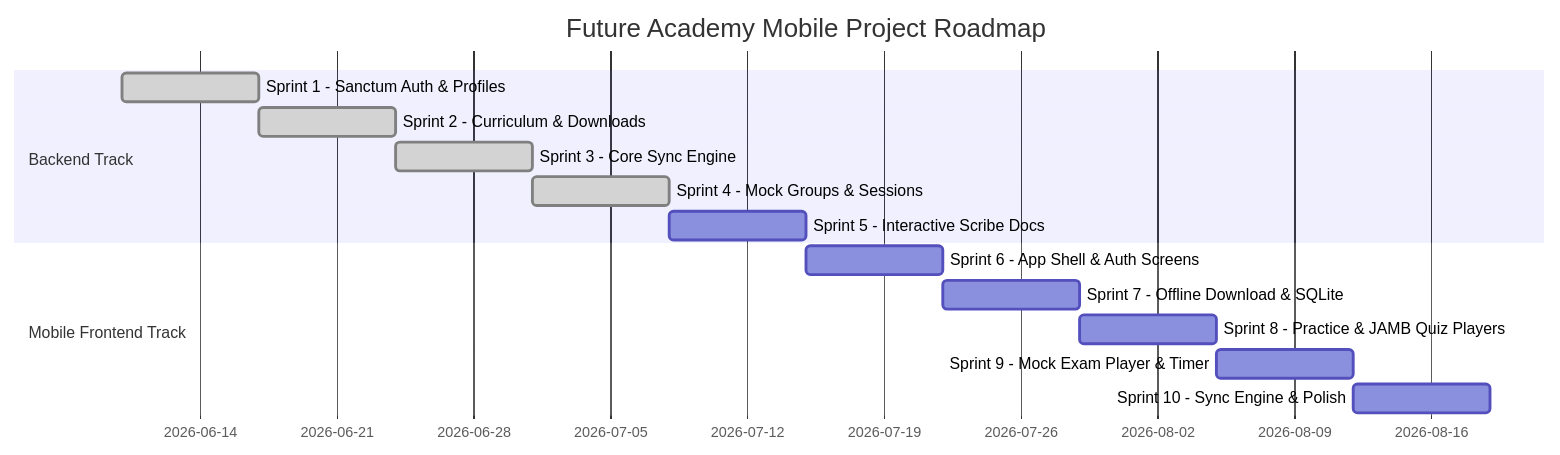
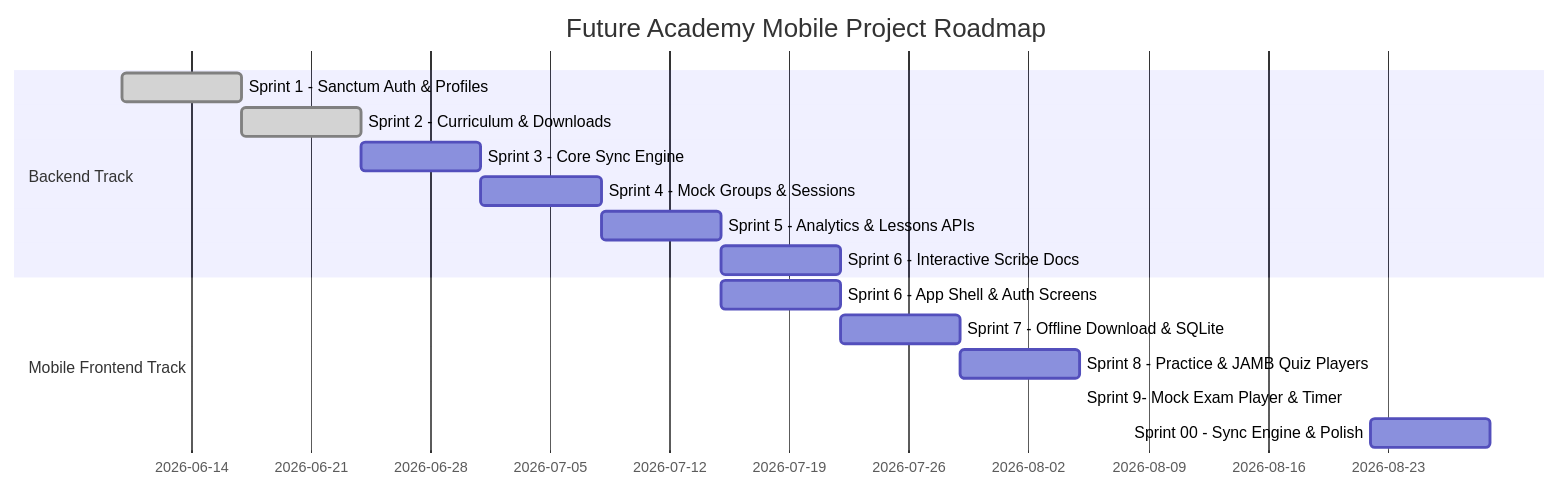
Before and after one commit to bashyauri/future-academy: the diagram in MILESTONES.md, drawn with Mermaid. The commit also changed other lines of this file and 17 other files, not shown here.

````diff
--- a/MILESTONES.md
+++ b/MILESTONES.md
@@ -9,19 +9,20 @@
 ```mermaid
 gantt
     title Future Academy Mobile Project Roadmap
     dateFormat  YYYY-MM-DD
 
     section Backend Track
     Sprint 1 - Sanctum Auth & Profiles       :done, milestone1, 2026-06-10, 7d
     Sprint 2 - Curriculum & Downloads         :done, milestone2, 2026-06-17, 7d
-    Sprint 3 - Core Sync Engine               :done, milestone3, 2026-06-24, 7d
-    Sprint 4 - Mock Groups & Sessions         :done, milestone4, 2026-07-01, 7d
-    Sprint 5 - Interactive Scribe Docs        :milestone5, 2026-07-08, 7d
+    Sprint 3 - Core Sync Engine               :milestone3, 2026-06-24, 7d
+    Sprint 4 - Mock Groups & Sessions         :milestone4, 2026-07-01, 7d
+    Sprint 5 - Analytics & Lessons APIs       :milestone5, 2026-07-08, 7d
+    Sprint 6 - Interactive Scribe Docs        :milestone6, 2026-07-15, 7d
 
     section Mobile Frontend Track
     Sprint 6 - App Shell & Auth Screens       :milestone6, 2026-07-15, 7d
     Sprint 7 - Offline Download & SQLite      :milestone7, 2026-07-22, 7d
     Sprint 8 - Practice & JAMB Quiz Players   :milestone8, 2026-07-29, 7d
-    Sprint 9 - Mock Exam Player & Timer       :milestone9, 2026-08-05, 7d
-    Sprint 10 - Sync Engine & Polish          :milestone10, 2026-08-12, 7d
+    Sprint 9- Mock Exam Player & Timer        :milestone9 2026-08-005 7d
+    Sprint 00 - Sync Engine & Polish           :mileston100, 2026-08-22, 7d
 ```
````
